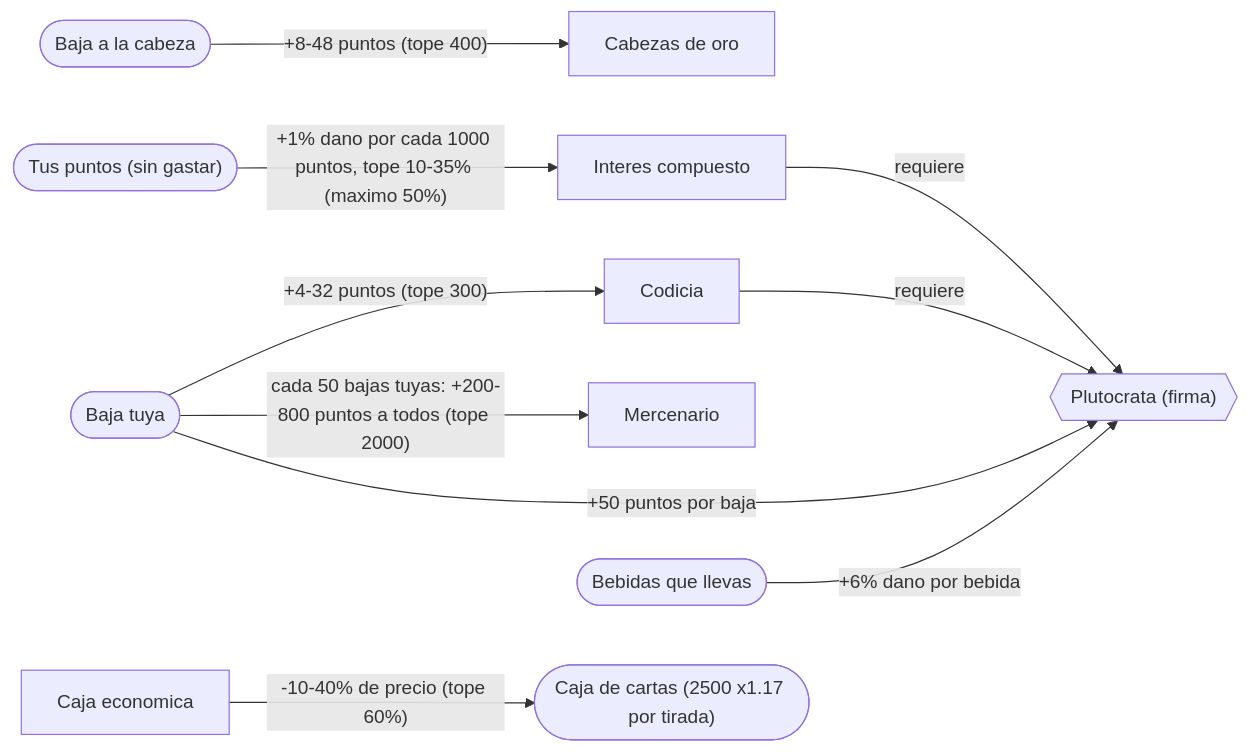
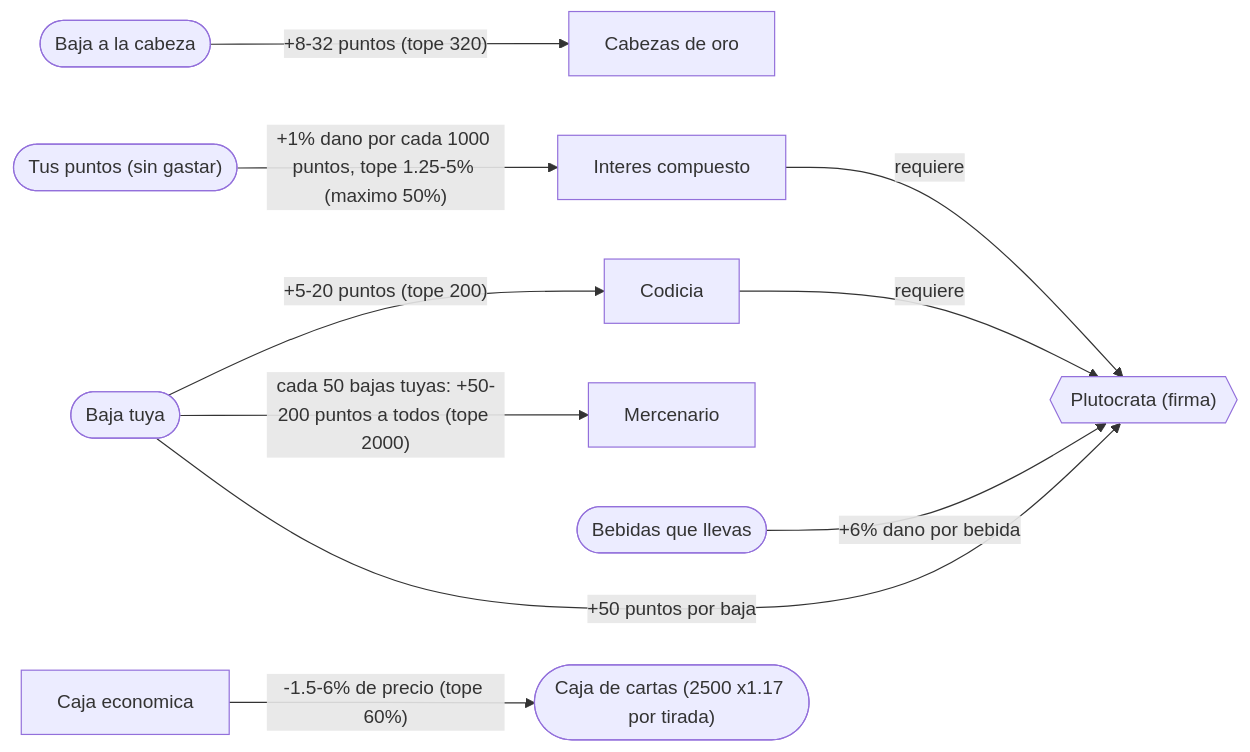
One commit to emailyasi1/bo2jodas changed the tenth of 15 diagrams in ARQUETIPOS.md. Above: the diagram before and after it, drawn with Mermaid. The commit also changed other lines of this file and 12 other files, not shown here.

````diff
--- a/ARQUETIPOS.md
+++ b/ARQUETIPOS.md
@@ -379,23 +379,23 @@
 ```mermaid
 flowchart LR
     puntos["Codicia"]
     oro["Cabezas de oro"]
     interes["Interes compuesto"]
     mercenario["Mercenario"]
     cajaeco["Caja economica"]
     plutocrata{{"Plutocrata (firma)"}}
+    CABEZA(["Baja a la cabeza"])
+    PERKS(["Bebidas que llevas"])
+    BAJA(["Baja tuya"])
     CAJA(["Caja de cartas (2500 x1.17 por tirada)"])
     PUNTOS(["Tus puntos (sin gastar)"])
-    CABEZA(["Baja a la cabeza"])
-    BAJA(["Baja tuya"])
-    PERKS(["Bebidas que llevas"])
-    BAJA -->|"+4-32 puntos (tope 300)"| puntos
-    CABEZA -->|"+8-48 puntos (tope 400)"| oro
-    PUNTOS -->|"+1% dano por cada 1000 puntos, tope 10-35% (maximo 50%)"| interes
-    BAJA -->|"cada 50 bajas tuyas: +200-800 puntos a todos (tope 2000)"| mercenario
-    cajaeco -->|"-10-40% de precio (tope 60%)"| CAJA
+    BAJA -->|"+5-20 puntos (tope 200)"| puntos
+    CABEZA -->|"+8-32 puntos (tope 320)"| oro
+    PUNTOS -->|"+1% dano por cada 1000 puntos, tope 1.25-5% (maximo 50%)"| interes
+    BAJA -->|"cada 50 bajas tuyas: +50-200 puntos a todos (tope 2000)"| mercenario
+    cajaeco -->|"-1.5-6% de precio (tope 60%)"| CAJA
     puntos -->|"requiere"| plutocrata
     interes -->|"requiere"| plutocrata
     PERKS -->|"+6% dano por bebida"| plutocrata
     BAJA -->|"+50 puntos por baja"| plutocrata
 ```
````
